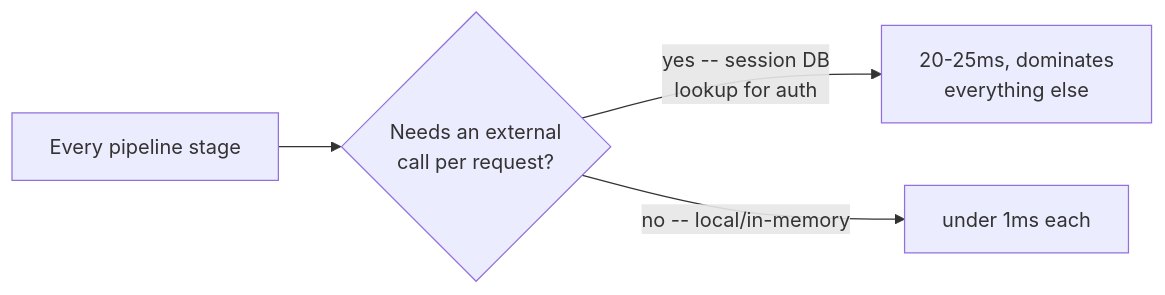
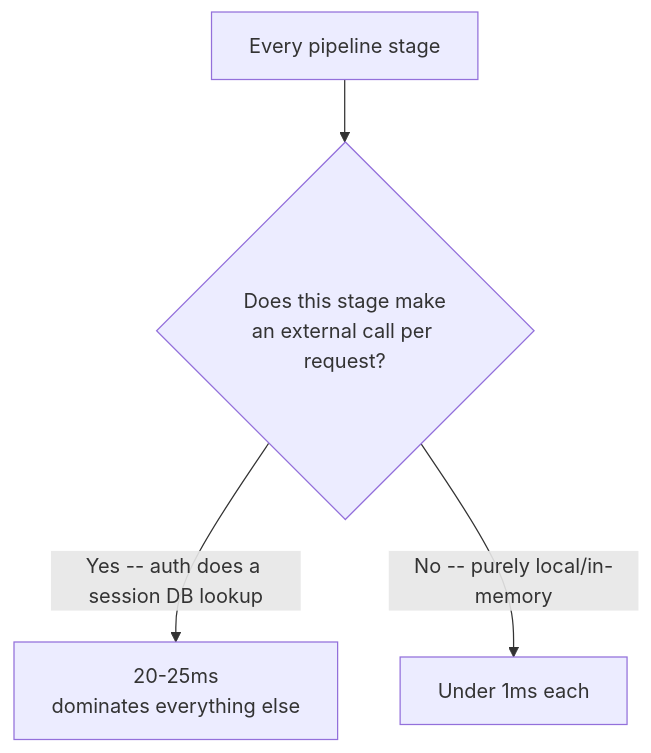
The sixth of 13 diagrams in system-design/HLD/0-course/64-Design-an-API-Gateway-FAANG-Guide-story.md (riyaz-pasha/Learnings), drawn with Mermaid before and after one commit. The commit also changed other lines of this file and 1 other file, not shown here.

Commit message:
[REWRITE] API Gateway story guide: simplify prose, add structure, fix diagrams

````diff
--- a/system-design/HLD/0-course/64-Design-an-API-Gateway-FAANG-Guide-story.md
+++ b/system-design/HLD/0-course/64-Design-an-API-Gateway-FAANG-Guide-story.md
@@ -208,6 +318,6 @@
 ```mermaid
-flowchart LR
-    A["Every pipeline stage"] --> B{"Needs an external\ncall per request?"}
-    B -->|"yes -- session DB\nlookup for auth"| C["20-25ms, dominates\neverything else"]
-    B -->|"no -- local/in-memory"| D["under 1ms each"]
+flowchart TB
+    A["Every pipeline stage"] --> B{"Does this stage make<br/>an external call per request?"}
+    B -->|"Yes -- auth does a session DB lookup"| C["20-25ms<br/>dominates everything else"]
+    B -->|"No -- purely local/in-memory"| D["Under 1ms each"]
 ```
````
